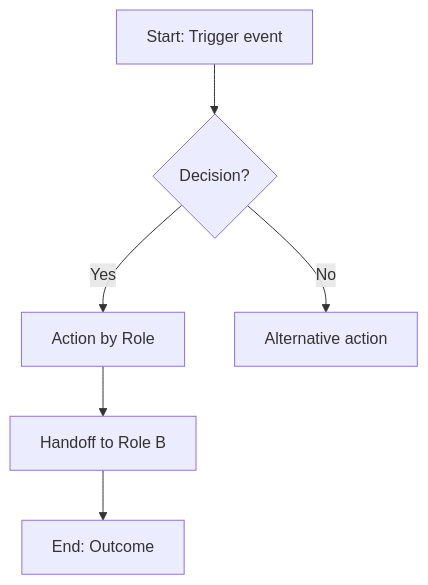
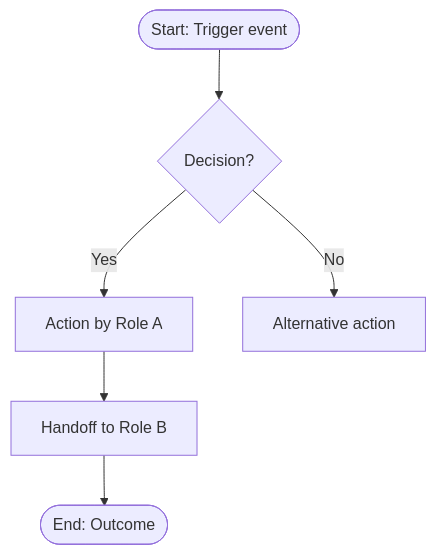
One commit to fahroediin/my-ba-flow changed the diagram in process-mapping/SKILL.md. Above: the diagram before and after it, drawn with Mermaid. The commit also changed other lines of this file and 4 other files, not shown here.

````diff
--- a/process-mapping/SKILL.md
+++ b/process-mapping/SKILL.md
@@ -33,8 +54,8 @@
 ```mermaid
 flowchart TD
-    A[Start: Trigger event] --> B{Decision?}
-    B -->|Yes| C[Action by Role]
+    A([Start: Trigger event]) --> B{Decision?}
+    B -->|Yes| C[Action by Role A]
     B -->|No| D[Alternative action]
     C --> E[Handoff to Role B]
-    E --> F[End: Outcome]
+    E --> F([End: Outcome])
 ```
````
